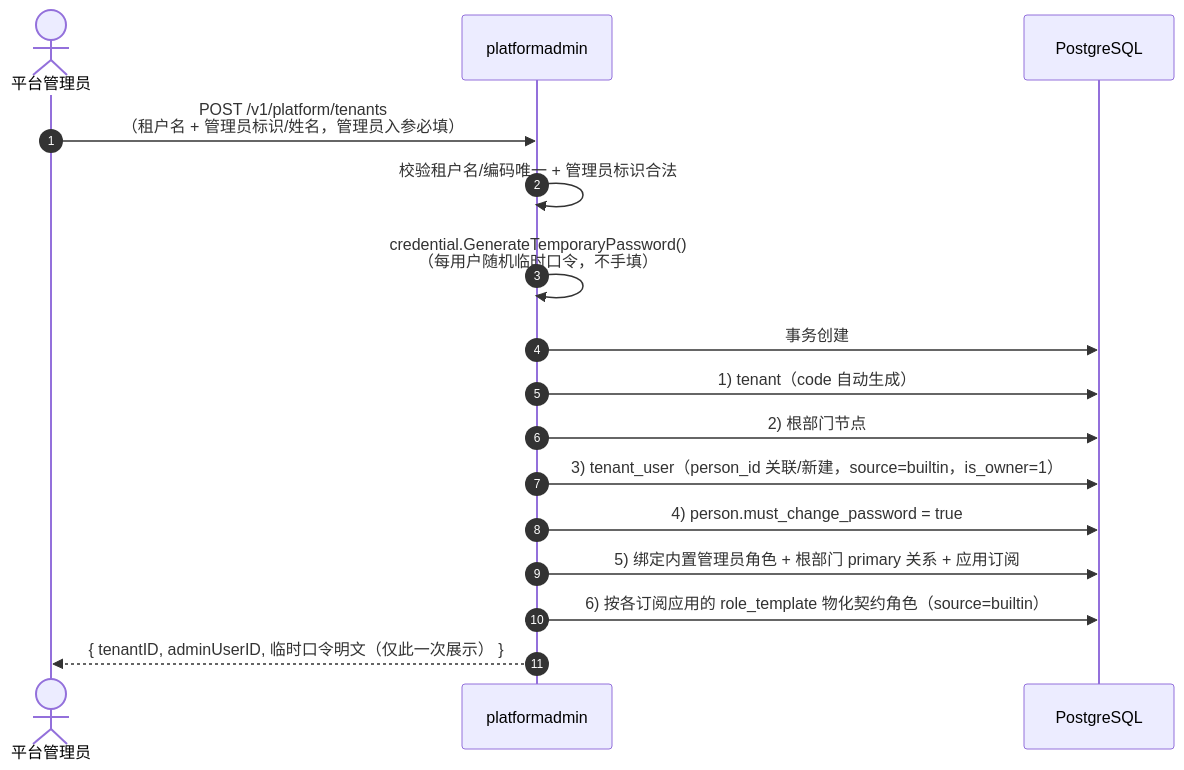
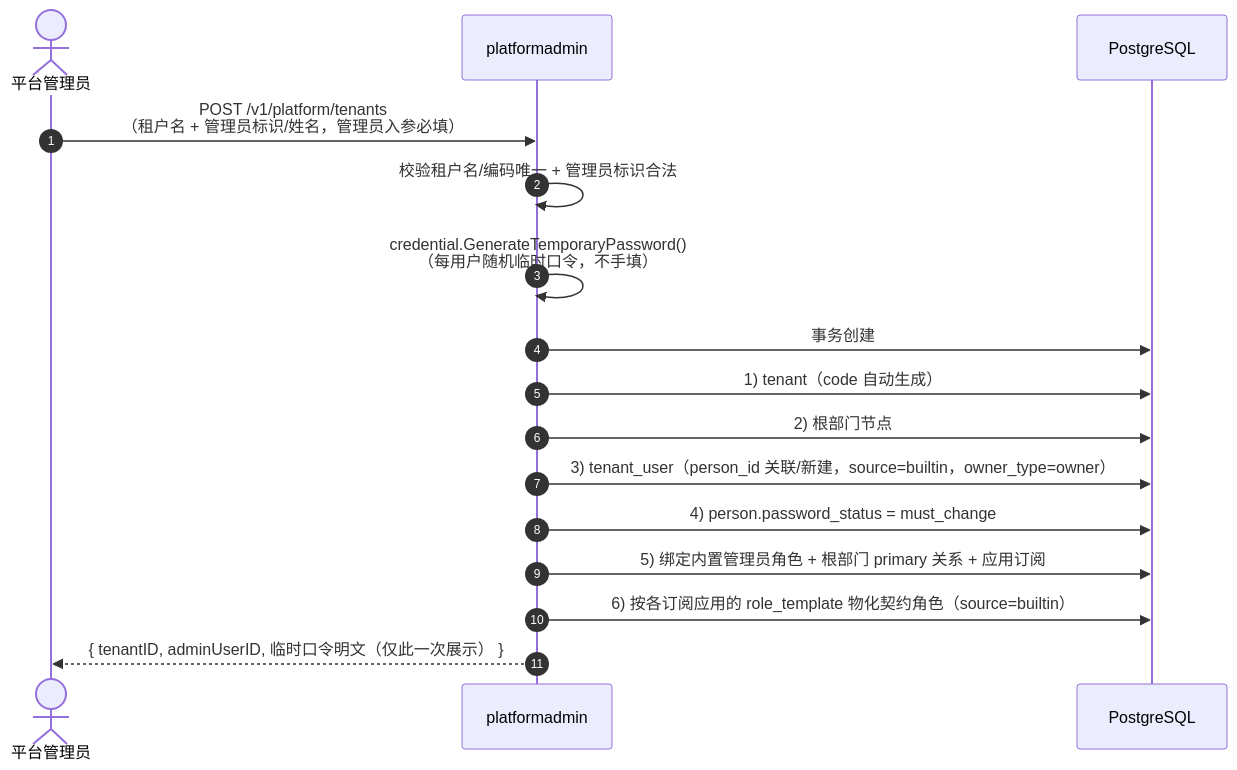
One commit to morehao/ark-iam changed diagram 12 of 15 in docs/design/system-design.md. Above: the diagram before and after it, drawn with Mermaid. The commit also changed other lines of this file and 195 other files, not shown here.

````diff
--- a/docs/design/system-design.md
+++ b/docs/design/system-design.md
@@ -851,19 +836,19 @@
 ```mermaid
 sequenceDiagram
     autonumber
     actor P as 平台管理员
     participant PA as platformadmin
     participant DB as PostgreSQL
 
     P->>PA: POST /v1/platform/tenants<br/>（租户名 + 管理员标识/姓名，管理员入参必填）
     PA->>PA: 校验租户名/编码唯一 + 管理员标识合法
     PA->>PA: credential.GenerateTemporaryPassword()<br/>（每用户随机临时口令，不手填）
     PA->>DB: 事务创建
     PA->>DB: 1) tenant（code 自动生成）
     PA->>DB: 2) 根部门节点
-    PA->>DB: 3) tenant_user（person_id 关联/新建，source=builtin，is_owner=1）
-    PA->>DB: 4) person.must_change_password = true
+    PA->>DB: 3) tenant_user（person_id 关联/新建，source=builtin，owner_type=owner）
+    PA->>DB: 4) person.password_status = must_change
     PA->>DB: 5) 绑定内置管理员角色 + 根部门 primary 关系 + 应用订阅
     PA->>DB: 6) 按各订阅应用的 role_template 物化契约角色（source=builtin）
     PA-->>P: { tenantID, adminUserID, 临时口令明文（仅此一次展示） }
 ```
````
